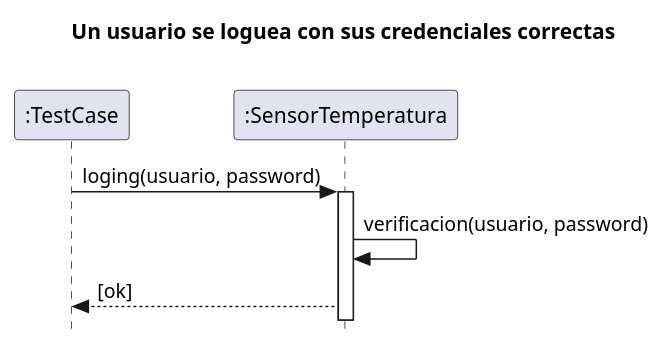
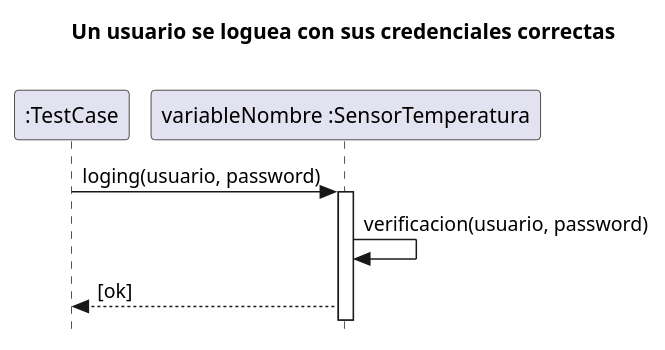
Before and after one commit to diegosanchez/invap-modulo-uml: the diagram in diagramas/secuencias/una_secuencia_prueba.plantuml, drawn with PlantUML. The commit also changed 4 other files, not shown here.

```diff
--- a/diagramas/secuencias/una_secuencia_prueba.plantuml
+++ b/diagramas/secuencias/una_secuencia_prueba.plantuml
@@ -1,11 +1,11 @@
 @startuml
 skinparam style strictuml
 
 title Un usuario se loguea con sus credenciales correctas\n
 
-":TestCase" -> ":SensorTemperatura": loging(usuario, password)
-activate ":SensorTemperatura"
-":SensorTemperatura" -> ":SensorTemperatura": verificacion(usuario, password)
-":SensorTemperatura" --> ":TestCase": [ok]
+":TestCase" -> "variableNombre :SensorTemperatura": loging(usuario, password)
+activate "variableNombre :SensorTemperatura"
+"variableNombre :SensorTemperatura" -> "variableNombre :SensorTemperatura": verificacion(usuario, password)
+"variableNombre :SensorTemperatura" --> ":TestCase": [ok]
 
 @enduml
```
